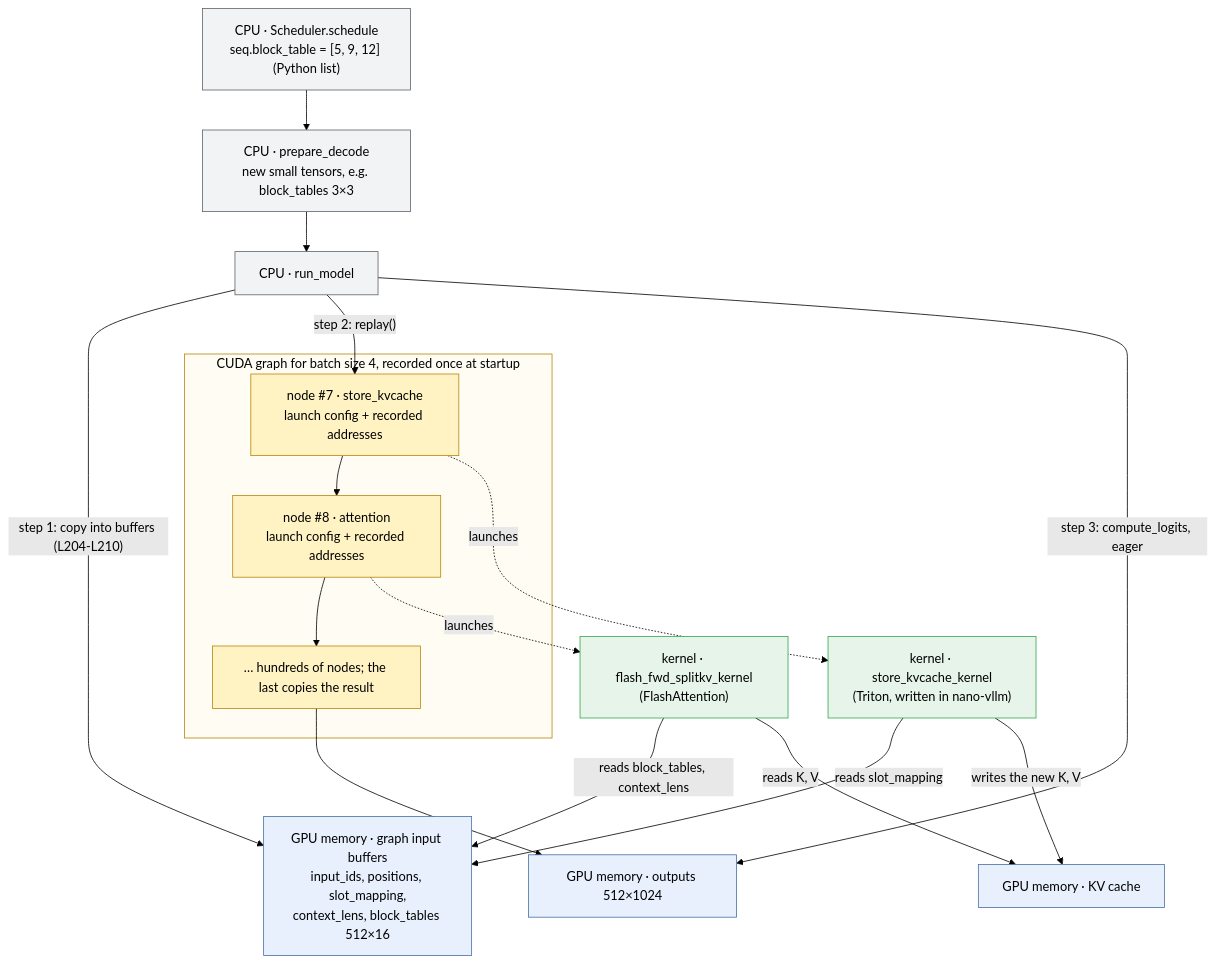
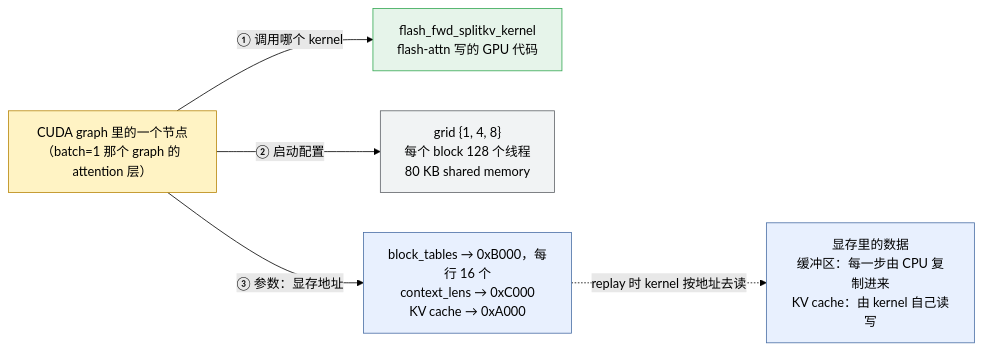
Before and after one commit to taigaoma1997/llm-infra-notes: the first of 2 diagrams in notes/nano-vllm/QA-cuda-graph.md, drawn with Mermaid (forest theme). The commit also changed other lines of this file and 1 other file, not shown here.

Commit message:
nano-vllm CUDA graph: replace the all-in-one diagram with a node diagram and a step-by-step sequence

````diff
--- a/notes/nano-vllm/QA-cuda-graph.md
+++ b/notes/nano-vllm/QA-cuda-graph.md
@@ -557,28 +559,16 @@
 ```mermaid
-flowchart TD
-  S["CPU · Scheduler.schedule<br/>seq.block_table = [5, 9, 12] (Python list)"] --> P["CPU · prepare_decode<br/>new small tensors, e.g. block_tables 3×3"]
-  P --> R["CPU · run_model"]
-  R -->|"step 1: copy into buffers (L204-L210)"| BUF["GPU memory · graph input buffers<br/>input_ids, positions, slot_mapping,<br/>context_lens, block_tables 512×16"]
-  R -->|"step 2: replay()"| N7
-  subgraph G["CUDA graph for batch size 4, recorded once at startup"]
-    N7["node #7 · store_kvcache<br/>launch config + recorded addresses"] --> N8["node #8 · attention<br/>launch config + recorded addresses"]
-    N8 --> NL["… hundreds of nodes; the last copies the result"]
-  end
-  N7 -.->|launches| K7["kernel · store_kvcache_kernel<br/>(Triton, written in nano-vllm)"]
-  N8 -.->|launches| K8["kernel · flash_fwd_splitkv_kernel<br/>(FlashAttention)"]
-  K7 -->|reads slot_mapping| BUF
-  K7 -->|writes the new K, V| KV["GPU memory · KV cache"]
-  K8 -->|reads block_tables, context_lens| BUF
-  K8 -->|reads K, V| KV
-  NL --> OUT["GPU memory · outputs 512×1024"]
-  R -->|"step 3: compute_logits, eager"| OUT
-  classDef cpu fill:#f1f3f4,stroke:#5f6368,color:#000
+flowchart LR
+  N["CUDA graph 里的一个节点<br/>（batch=1 那个 graph 的 attention 层）"]
+  N -->|"① 调用哪个 kernel"| K["flash_fwd_splitkv_kernel<br/>flash-attn 写的 GPU 代码"]
+  N -->|"② 启动配置"| C["grid {1, 4, 8}<br/>每个 block 128 个线程<br/>80 KB shared memory"]
+  N -->|"③ 参数：显存地址"| A["block_tables → 0xB000，每行 16 个<br/>context_lens → 0xC000<br/>KV cache → 0xA000"]
+  A -.->|"replay 时 kernel 按地址去读"| M["显存里的数据<br/>缓冲区：每一步由 CPU 复制进来<br/>KV cache：由 kernel 自己读写"]
+  classDef node fill:#fff3c4,stroke:#b8860b,color:#000
+  classDef code fill:#e6f4ea,stroke:#34a853,color:#000
+  classDef cfg fill:#f1f3f4,stroke:#5f6368,color:#000
   classDef mem fill:#e8f0fe,stroke:#4a6fa5,color:#000
-  classDef gnode fill:#fff3c4,stroke:#b8860b,color:#000
-  classDef code fill:#e6f4ea,stroke:#34a853,color:#000
-  class S,P,R cpu
-  class BUF,KV,OUT mem
-  class N7,N8,NL gnode
-  class K7,K8 code
-  style G fill:#fffdf3,stroke:#b8860b,color:#000
+  class N node
+  class K code
+  class C cfg
+  class A,M mem
 ```
````
